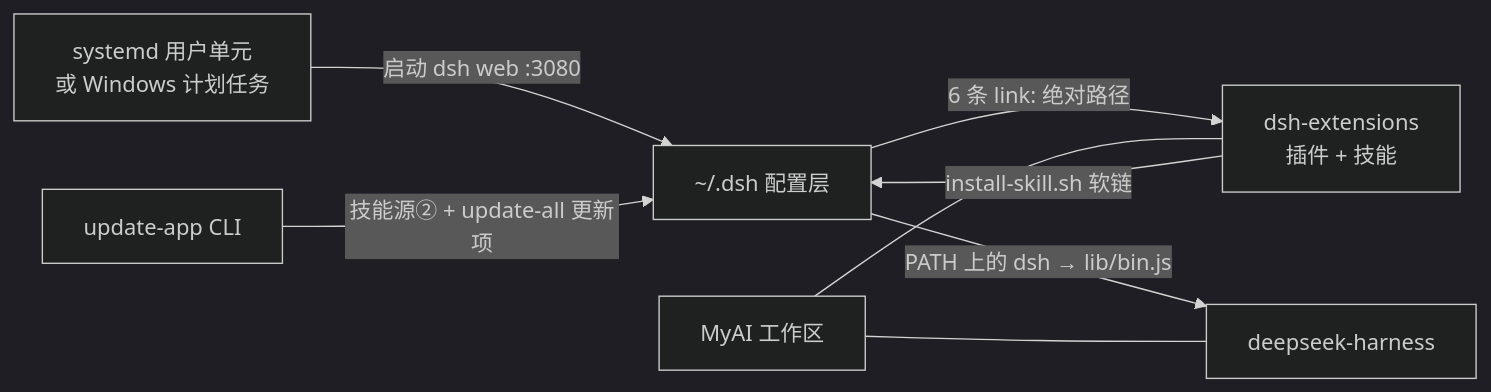
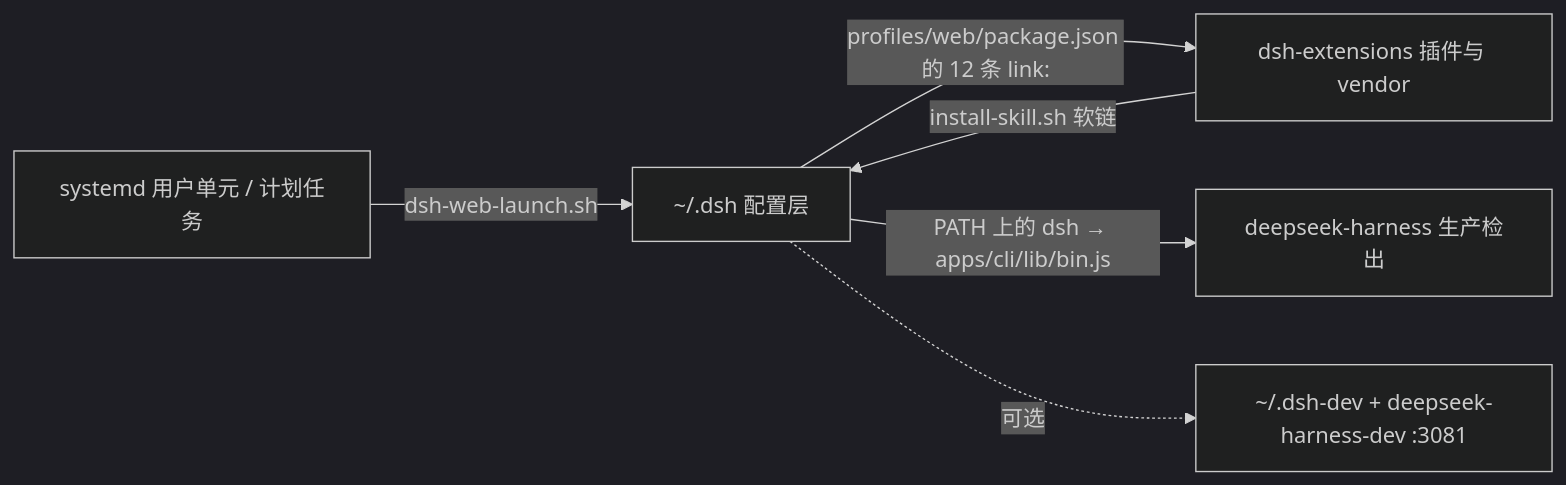
One commit to xgx1/MyAI-workspace changed the diagram in INSTALL.md. Above: the diagram before and after it, drawn with Mermaid (dark theme). The commit also changed other lines of this file, not shown here.

Commit message:
docs(install): 按当前架构重写安装指南（TOML/nub/双检出/本机独有层）

````diff
--- a/INSTALL.md
+++ b/INSTALL.md
@@ -26,10 +44,8 @@
 ```mermaid
 flowchart LR
-  Unit["systemd 用户单元<br/>或 Windows 计划任务"] -->|"启动 dsh web :3080"| Home
-  Home["~/.dsh 配置层"] -->|"6 条 link: 绝对路径"| Ext["dsh-extensions<br/>插件 + 技能"]
-  Home -->|"PATH 上的 dsh → lib/bin.js"| Harness["deepseek-harness"]
-  Ext -->|"install-skill.sh 软链"| Home
-  UA["update-app CLI"] -->|"技能源② + update-all 更新项"| Home
-  WS["MyAI 工作区"] --- Harness
-  WS --- Ext
+  U["systemd 用户单元 / 计划任务"] -->|"dsh-web-launch.sh"| H["~/.dsh 配置层"]
+  H -->|"profiles/web/package.json 的 12 条 link:"| X["dsh-extensions 插件与 vendor"]
+  H -->|"PATH 上的 dsh → apps/cli/lib/bin.js"| P["deepseek-harness 生产检出"]
+  X -->|"install-skill.sh 软链"| H
+  H -.->|"可选"| D["~/.dsh-dev + deepseek-harness-dev :3081"]
 ```
````
